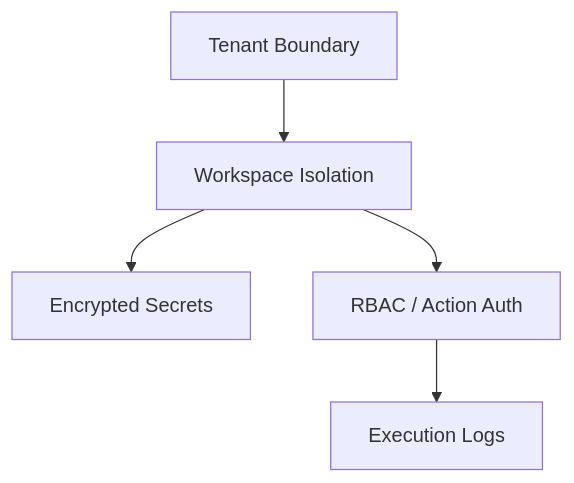
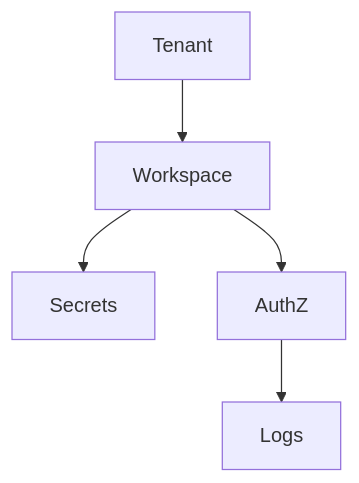
One commit to qefro-ai/qefro-documentation changed the diagram in docs/security/audit-logs.mdx. Above: the diagram before and after it, drawn with Mermaid. The commit also changed other lines of this file and 46 other files, not shown here.

````diff
--- a/docs/security/audit-logs.mdx
+++ b/docs/security/audit-logs.mdx
@@ -38,7 +33,7 @@
 ```mermaid
 flowchart TB
-  Tenant[Tenant Boundary] --> WS[Workspace Isolation]
-  WS --> Secrets[Encrypted Secrets]
-  WS --> AuthZ[RBAC / Action Auth]
-  AuthZ --> Logs[Execution Logs]
+  Tenant --> Workspace
+  Workspace --> Secrets
+  Workspace --> AuthZ
+  AuthZ --> Logs
 ```
````
